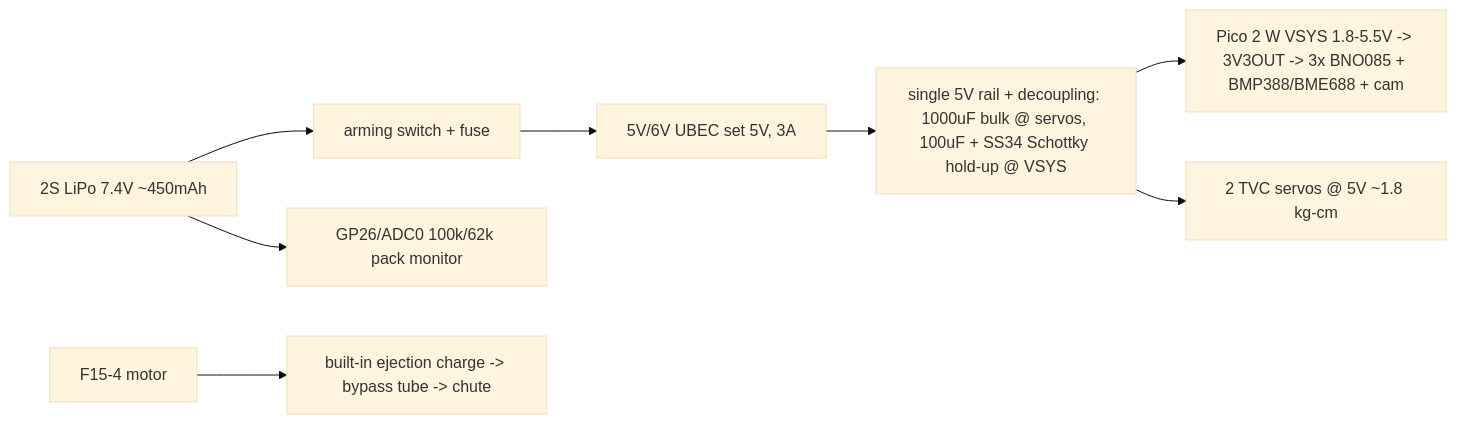
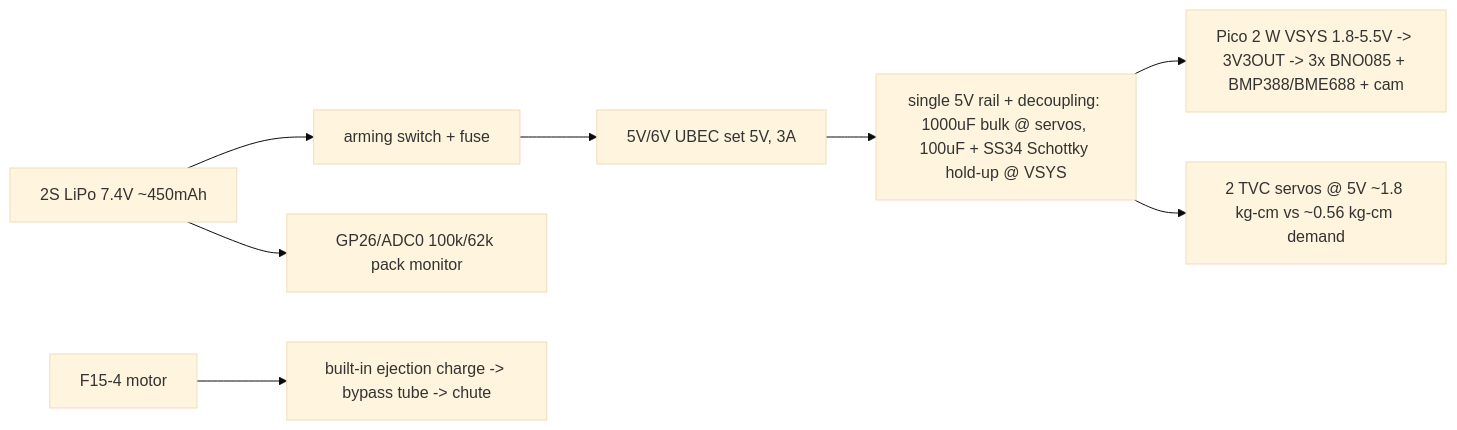
One commit to swaroopsahoo4908/WYVERN-E changed the diagram in Flight Computer/flowcharts/04_power_tree.mermaid. Above: the diagram before and after it, drawn with Mermaid (base theme). The commit also changed 71 other files, not shown here.

```diff
--- a/Flight Computer/flowcharts/04_power_tree.mermaid
+++ b/Flight Computer/flowcharts/04_power_tree.mermaid
@@ -1,9 +1,10 @@
 %% WYVERN-E — power (light 2S LiPo -> 5V UBEC; recovery is motor-driven, no recovery battery)
+%% Regenerated 2026-08. Pack is 450 mAh (Zeee 2S) -> ~40 flights/charge per we4_deepsim.py H.
 flowchart LR
     B2[2S LiPo 7.4V ~450mAh] --> SW[arming switch + fuse]
     SW --> BEC[5V/6V UBEC set 5V, 3A]
     BEC --> RAIL[single 5V rail + decoupling: 1000uF bulk @ servos, 100uF + SS34 Schottky hold-up @ VSYS]
     RAIL --> T[Pico 2 W VSYS 1.8-5.5V -> 3V3OUT -> 3x BNO085 + BMP388/BME688 + cam]
-    RAIL --> SV[2 TVC servos @ 5V ~1.8 kg-cm]
+    RAIL --> SV[2 TVC servos @ 5V ~1.8 kg-cm vs ~0.56 kg-cm demand]
     B2 --> ADC[GP26/ADC0 100k/62k pack monitor]
     M[F15-4 motor] --> EJ[built-in ejection charge -> bypass tube -> chute]
```
